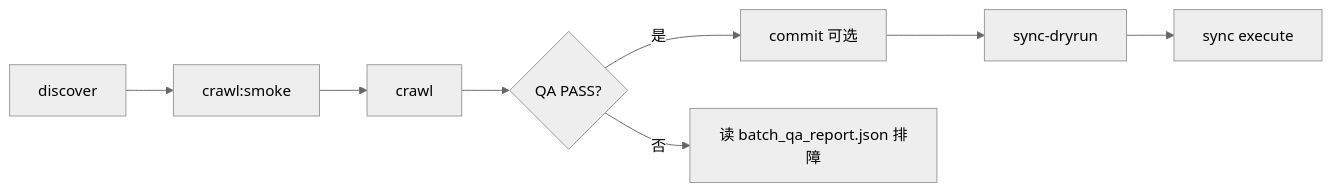
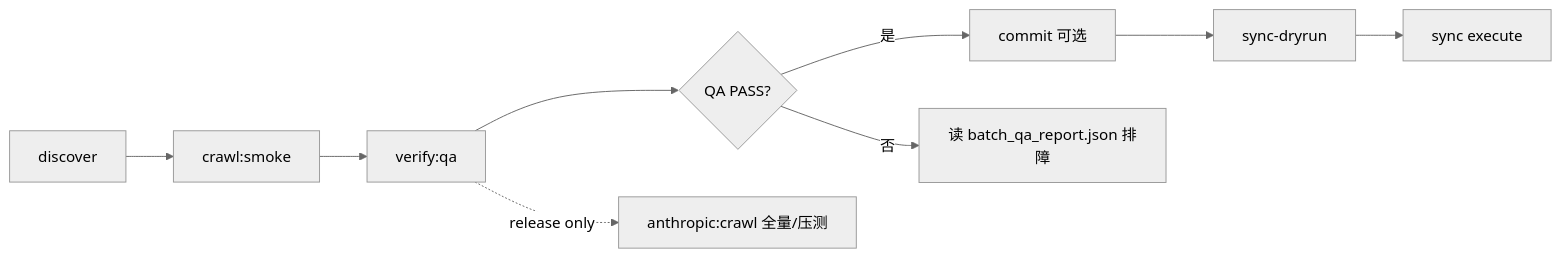
One commit to yknothing/agent-docs changed the diagram in AGENTS.md. Above: the diagram before and after it, drawn with Mermaid (neutral theme). The commit also changed other lines of this file and 6 other files, not shown here.

````diff
--- a/AGENTS.md
+++ b/AGENTS.md
@@ -84,10 +87,11 @@
 ```mermaid
 flowchart LR
   A[discover] --> B[crawl:smoke]
-  B --> C[crawl]
+  B --> C[verify:qa]
   C --> D{QA PASS?}
   D -->|是| E[commit 可选]
   D -->|否| F[读 batch_qa_report.json 排障]
   E --> G[sync-dryrun]
   G --> H[sync execute]
+  C -.->|release only| I[anthropic:crawl 全量/压测]
 ```
````
